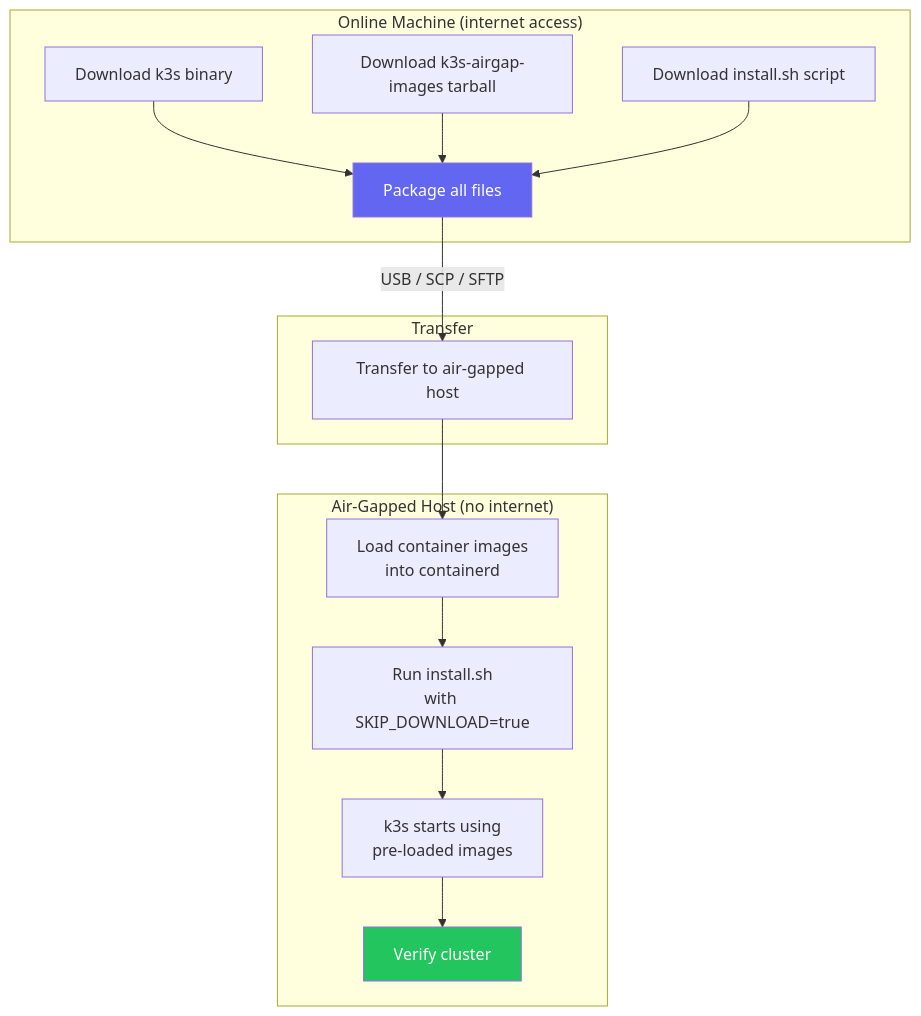
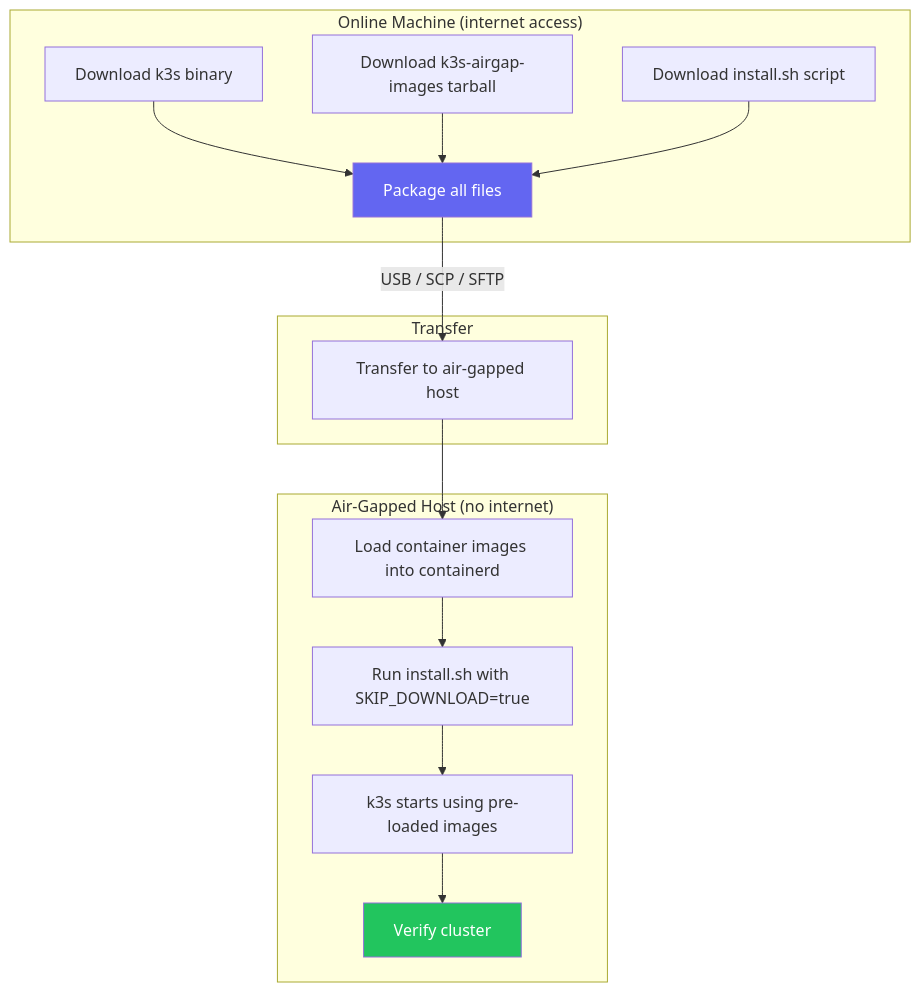
One commit to UncleJS/course_k3s changed the first of 3 diagrams in 02_installation/03_airgap_install.md. Above: the diagram before and after it, drawn with Mermaid. The commit also changed other lines of this file and 57 other files, not shown here.

````diff
--- a/02_installation/03_airgap_install.md
+++ b/02_installation/03_airgap_install.md
@@ -39,23 +39,23 @@
 ```mermaid
 flowchart TD
     subgraph "Online Machine (internet access)"
         D1[Download k3s binary]
         D2[Download k3s-airgap-images tarball]
         D3[Download install.sh script]
         D1 & D2 & D3 --> PACK[Package all files]
     end
 
     subgraph "Transfer"
         PACK -->|"USB / SCP / SFTP"| TRANSFER[Transfer to air-gapped host]
     end
 
     subgraph "Air-Gapped Host (no internet)"
-        TRANSFER --> LOAD[Load container images\ninto containerd]
-        LOAD --> INSTALL[Run install.sh\nwith SKIP_DOWNLOAD=true]
-        INSTALL --> START[k3s starts using\npre-loaded images]
+        TRANSFER --> LOAD[Load container images into containerd]
+        LOAD --> INSTALL[Run install.sh with SKIP_DOWNLOAD=true]
+        INSTALL --> START[k3s starts using pre-loaded images]
         START --> VERIFY[Verify cluster]
     end
 
     style PACK fill:#6366f1,color:#fff
     style VERIFY fill:#22c55e,color:#fff
 ```
````
